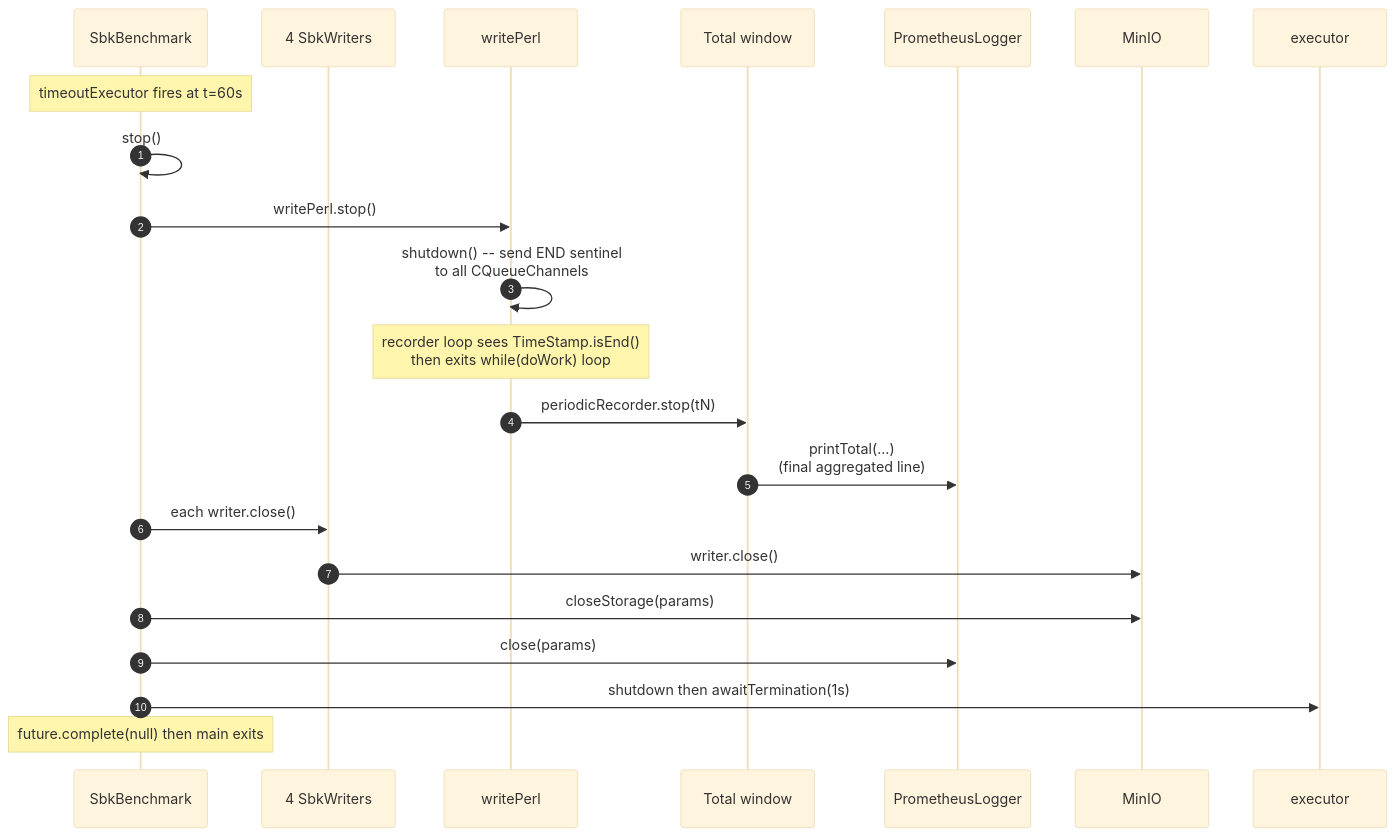
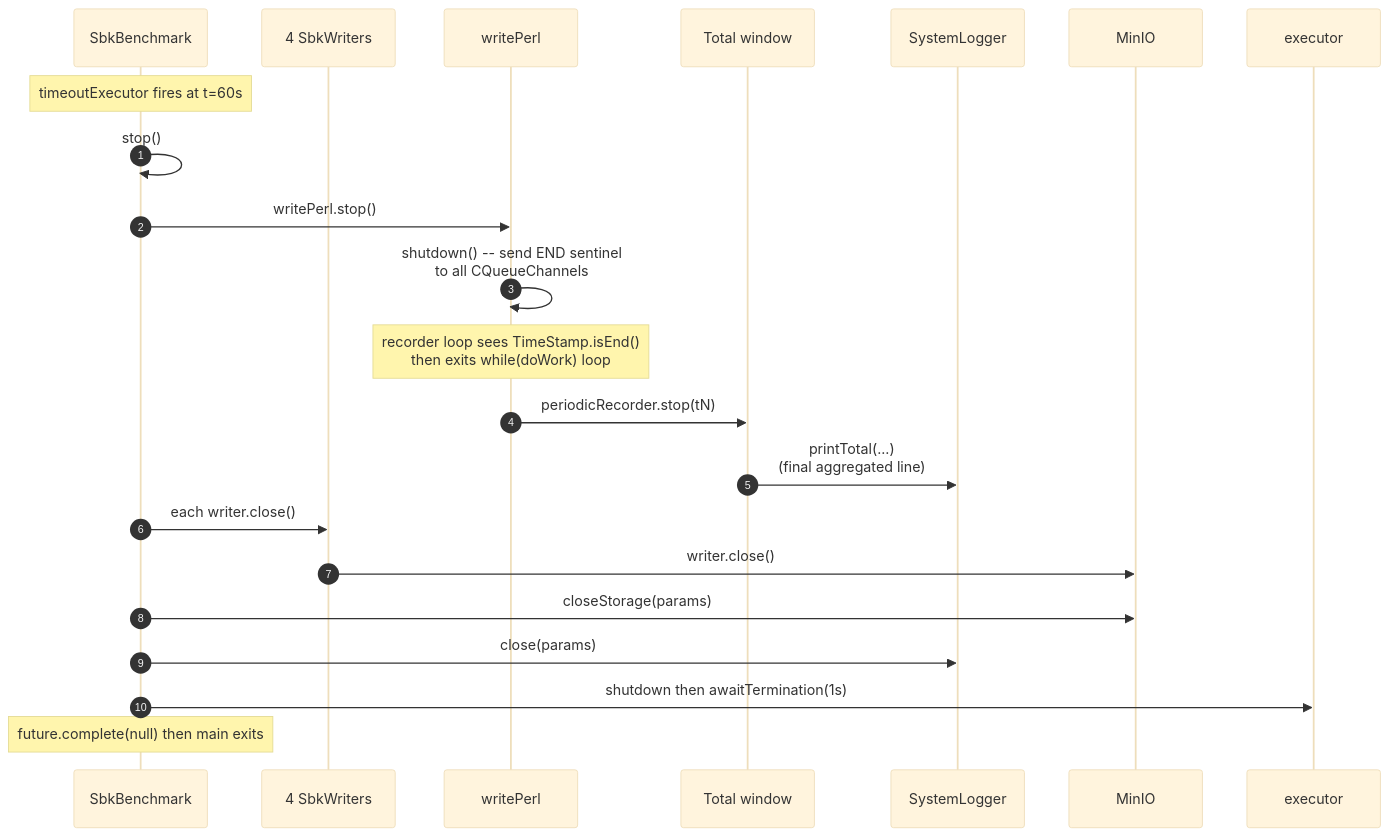
Diagram 33 of 36 in docs/sbk-internals.md (kmgowda/SBK), drawn with Mermaid (base theme) before and after one commit. The commit also changed other lines of this file and 1 other file, not shown here.

Commit message:
Improve SBK internals architecture guide

````diff
--- a/docs/sbk-internals.md
+++ b/docs/sbk-internals.md
@@ -1730,25 +2309,25 @@
 ```mermaid
 sequenceDiagram
     autonumber
     participant Bench as SbkBenchmark
     participant Wk as 4 SbkWriters
     participant PerlW as writePerl
     participant Win as Total window
-    participant Log as PrometheusLogger
+    participant Log as SystemLogger
     participant Drv as MinIO
     participant Exec as executor
 
     Note over Bench: timeoutExecutor fires at t=60s
     Bench->>Bench: stop()
     Bench->>PerlW: writePerl.stop()
     PerlW->>PerlW: shutdown() -- send END sentinel<br/>to all CQueueChannels
     Note over PerlW: recorder loop sees TimeStamp.isEnd()<br/>then exits while(doWork) loop
     PerlW->>Win: periodicRecorder.stop(tN)
     Win->>Log: printTotal(...)<br/>(final aggregated line)
     Bench->>Wk: each writer.close()
     Wk->>Drv: writer.close()
     Bench->>Drv: closeStorage(params)
     Bench->>Log: close(params)
     Bench->>Exec: shutdown then awaitTermination(1s)
     Note over Bench: future.complete(null) then main exits
 ```
````
